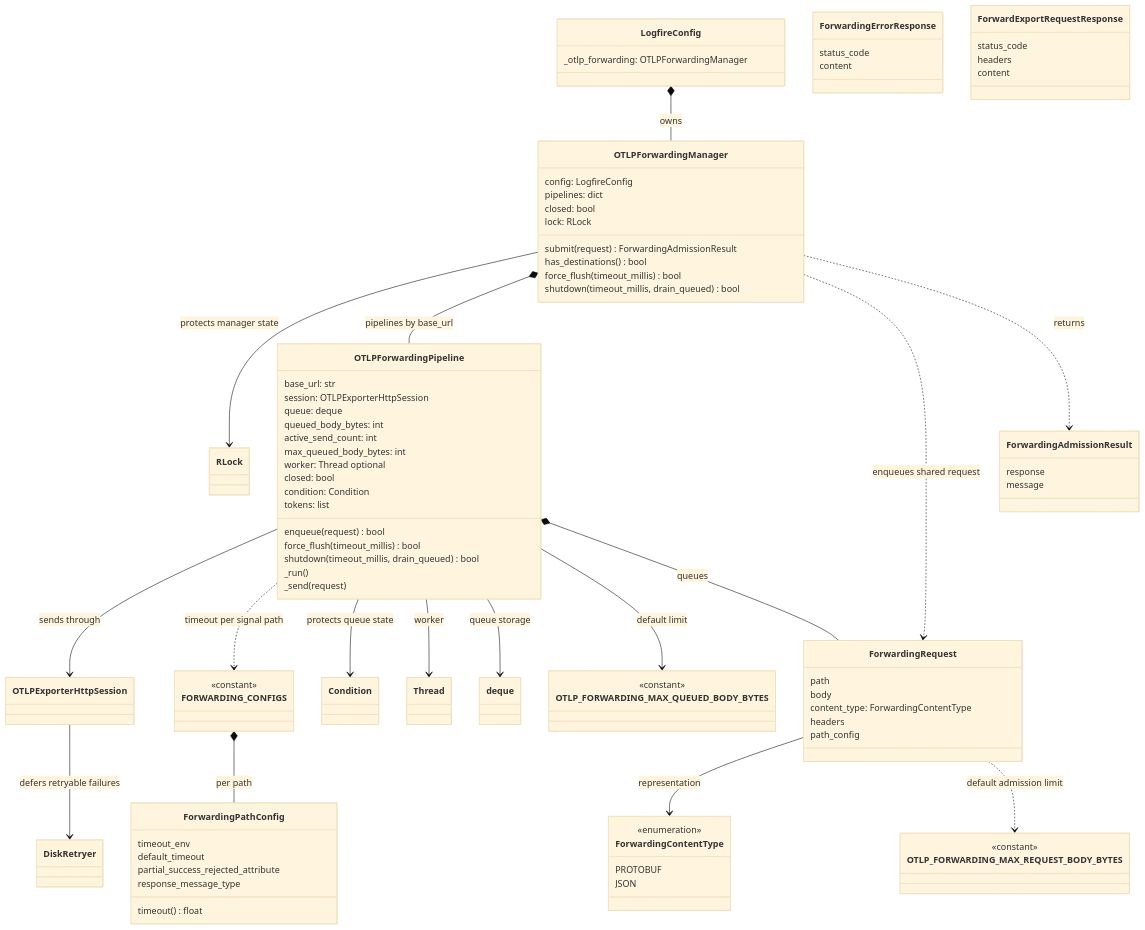
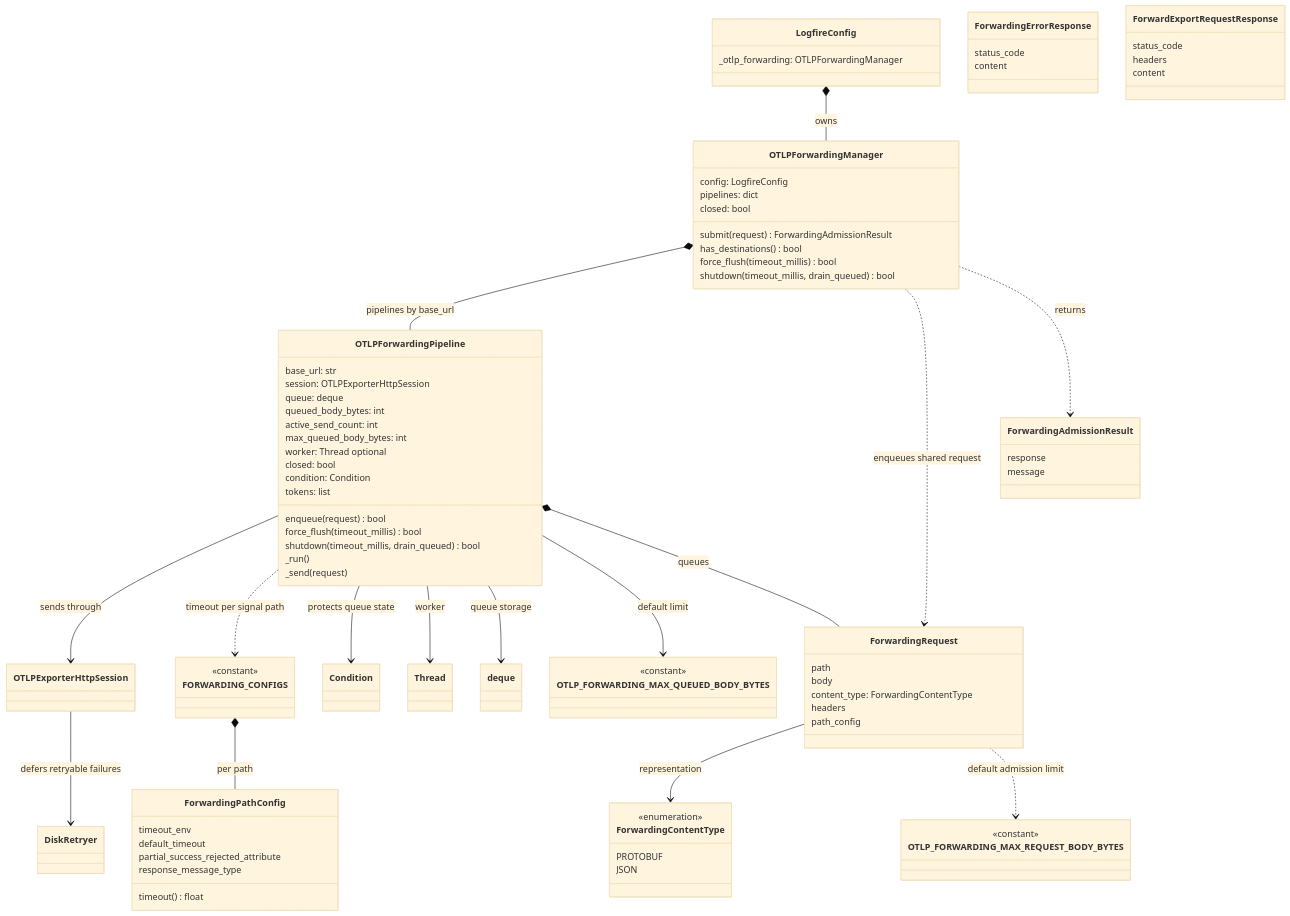
The third of 5 diagrams in specs/browser-telemetry-forwarding-first-pass/diagrams.md (pydantic/logfire), drawn with Mermaid (base theme) before and after one commit. The commit also changed 2 other files, not shown here.

Commit message:
Remove forwarding manager lock

```diff
--- a/specs/browser-telemetry-forwarding-first-pass/diagrams.md
+++ b/specs/browser-telemetry-forwarding-first-pass/diagrams.md
@@ -77,7 +77,6 @@
         config: LogfireConfig
         pipelines: dict
         closed: bool
-        lock: RLock
         submit(request) ForwardingAdmissionResult
         has_destinations() bool
         force_flush(timeout_millis) bool
@@ -152,7 +151,6 @@
         <<constant>>
     }
 
-    class RLock
     class Condition
     class Thread
     class deque
@@ -160,7 +158,6 @@
     class DiskRetryer
 
     LogfireConfig *-- OTLPForwardingManager : owns
-    OTLPForwardingManager --> RLock : protects manager state
     OTLPForwardingManager *-- OTLPForwardingPipeline : pipelines by base_url
     OTLPForwardingManager ..> ForwardingRequest : enqueues shared request
     OTLPForwardingManager ..> ForwardingAdmissionResult : returns
```
